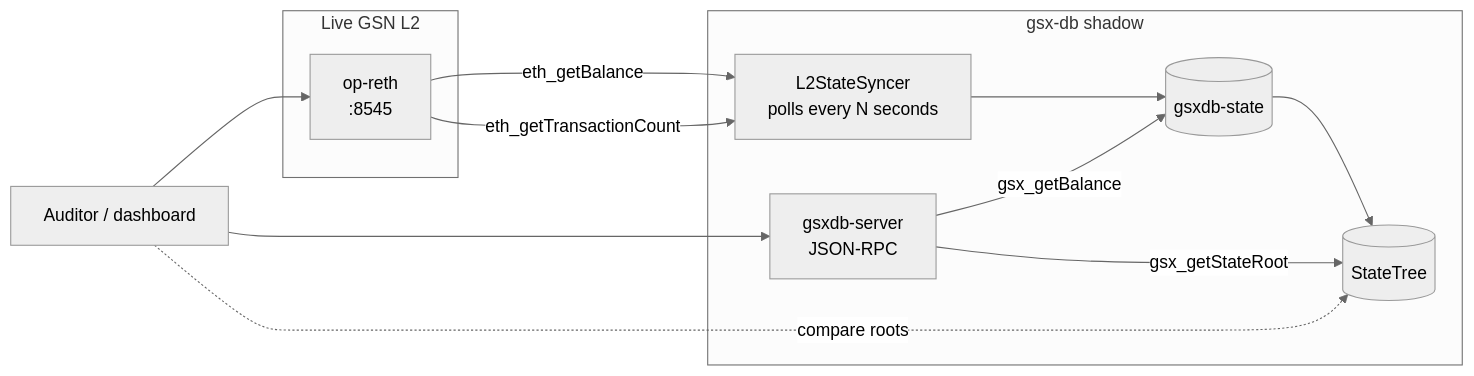
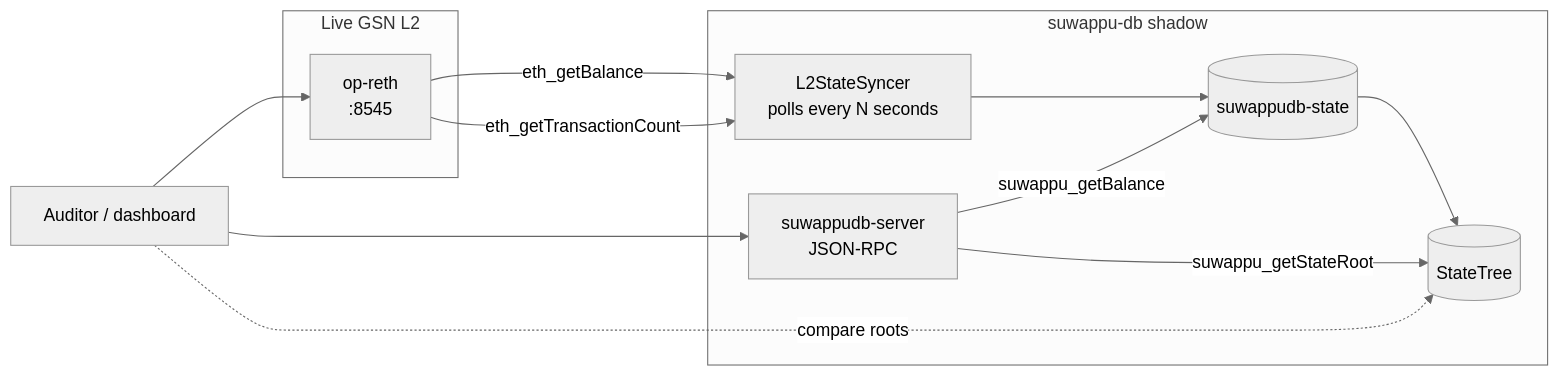
Before and after one commit to Suwappu-Labs/suwappu-db: the second of 4 diagrams in docs/architecture/deployment-topology.md, drawn with Mermaid (neutral theme). The commit also changed other lines of this file and 232 other files, not shown here.

First line of the commit message:
chore: rebrand gsx-db -> suwappu-db (crates, code, docs)

````diff
--- a/docs/architecture/deployment-topology.md
+++ b/docs/architecture/deployment-topology.md
@@ -60,22 +60,22 @@
 ```mermaid
 flowchart LR
     subgraph Live[Live GSN L2]
         OP[op-reth<br/>:8545]
     end
-    subgraph Shadow[gsx-db shadow]
+    subgraph Shadow[suwappu-db shadow]
         Syncer[L2StateSyncer<br/>polls every N seconds]
-        State[(gsxdb-state)]
-        Server[gsxdb-server<br/>JSON-RPC]
+        State[(suwappudb-state)]
+        Server[suwappudb-server<br/>JSON-RPC]
         Tree[(StateTree)]
     end
     OP -- eth_getBalance --> Syncer
     OP -- eth_getTransactionCount --> Syncer
     Syncer --> State
     State --> Tree
-    Server -- gsx_getBalance --> State
-    Server -- gsx_getStateRoot --> Tree
+    Server -- suwappu_getBalance --> State
+    Server -- suwappu_getStateRoot --> Tree
     Auditor[Auditor / dashboard]
     Auditor --> Server
     Auditor --> OP
     Auditor -.compare roots.-> Tree
 ```
````
